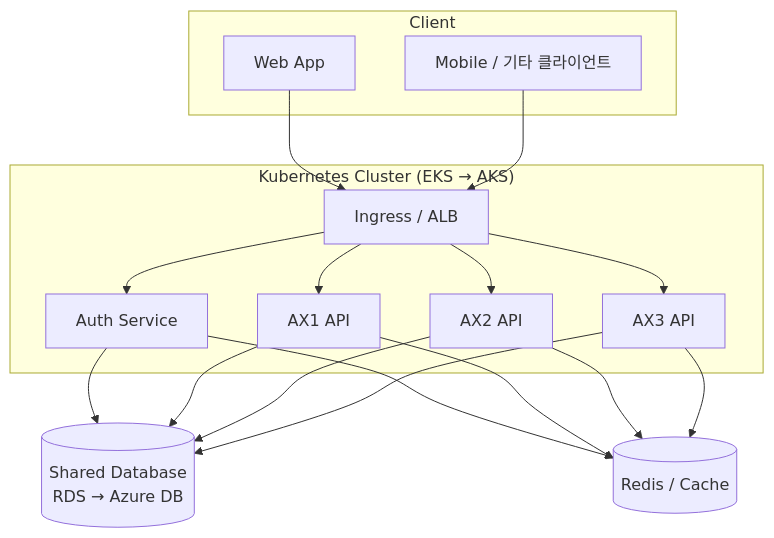
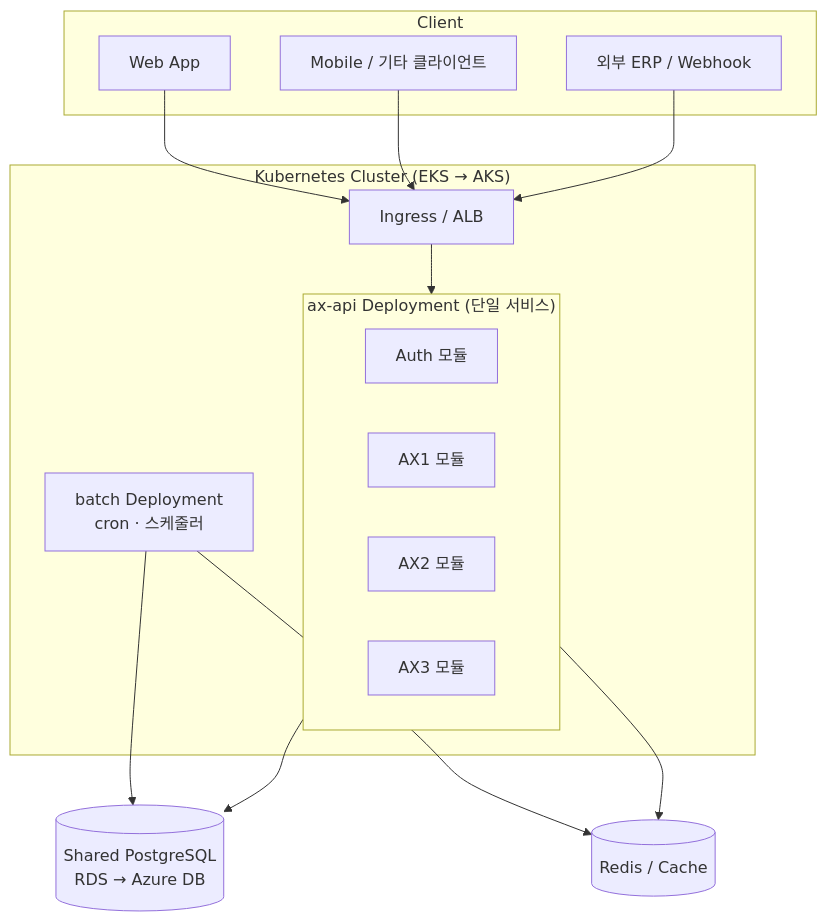
Before and after one commit to hakseon-yoo/obsidian-memories: the diagram in ChangShin/Infrastructure/01 - Overview.md, drawn with Mermaid. The commit also changed other lines of this file and 16 other files, not shown here.

````diff
--- a/ChangShin/Infrastructure/01 - Overview.md
+++ b/ChangShin/Infrastructure/01 - Overview.md
@@ -55,35 +63,32 @@
 ```mermaid
 flowchart TB
   subgraph Client
     Web[Web App]
     Mobile[Mobile / 기타 클라이언트]
+    ERP[외부 ERP / Webhook]
   end
 
   subgraph K8s["Kubernetes Cluster (EKS → AKS)"]
     Ingress[Ingress / ALB]
-    Auth[Auth Service]
-    AX1[AX1 API]
-    AX2[AX2 API]
-    AX3[AX3 API]
+    subgraph API["ax-api Deployment (단일 서비스)"]
+      AuthMod[Auth 모듈]
+      AX1Mod[AX1 모듈]
+      AX2Mod[AX2 모듈]
+      AX3Mod[AX3 모듈]
+    end
+    Batch[batch Deployment<br/>cron · 스케줄러]
   end
 
-  DB[(Shared Database<br/>RDS → Azure DB)]
+  DB[(Shared PostgreSQL<br/>RDS → Azure DB)]
   Cache[(Redis / Cache)]
 
   Web --> Ingress
   Mobile --> Ingress
-  Ingress --> Auth
-  Ingress --> AX1
-  Ingress --> AX2
-  Ingress --> AX3
+  ERP --> Ingress
+  Ingress --> API
 
-  Auth --> DB
-  AX1 --> DB
-  AX2 --> DB
-  AX3 --> DB
-
-  Auth --> Cache
-  AX1 --> Cache
-  AX2 --> Cache
-  AX3 --> Cache
+  API --> DB
+  API --> Cache
+  Batch --> DB
+  Batch --> Cache
 ```
````
